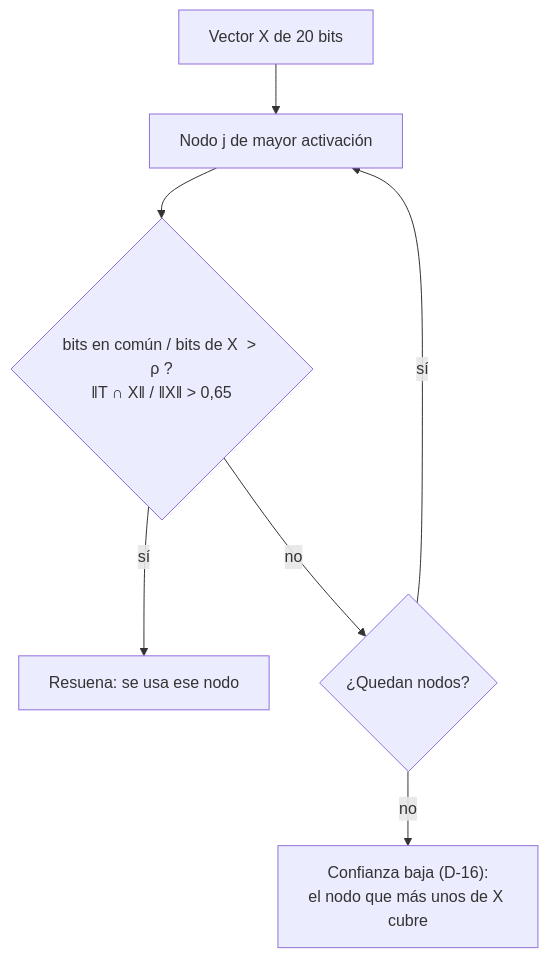
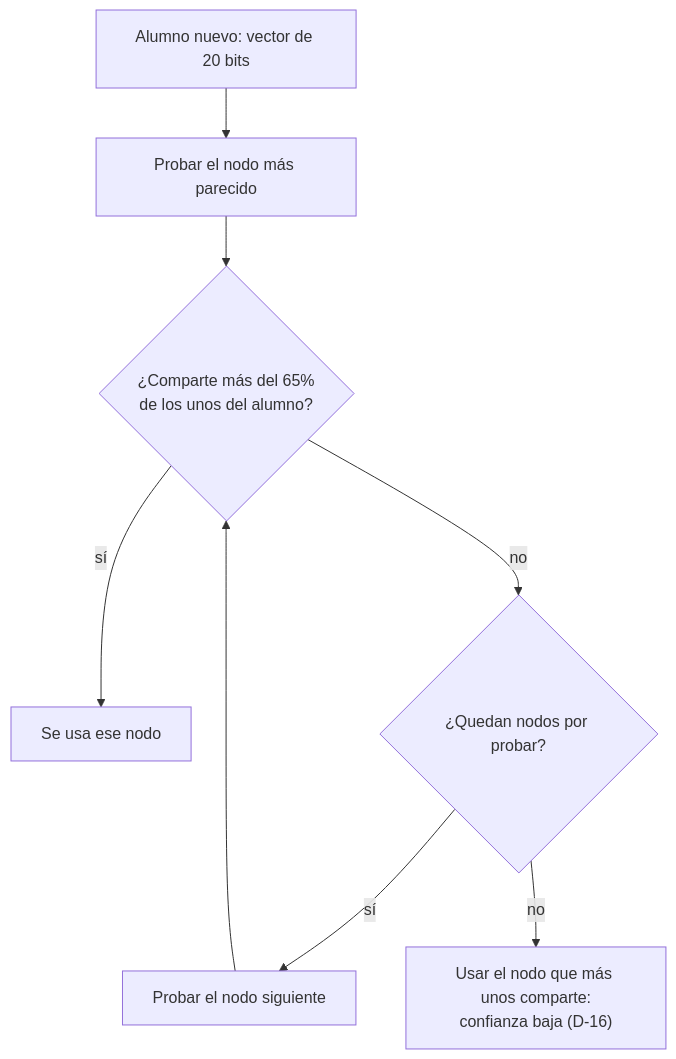
Before and after one commit to juan-mrtn/tfi-ia-prediccion-examenes: the third of 5 diagrams in docs/manual_de_referencia.md, drawn with Mermaid. The commit also changed other lines of this file and 3 other files, not shown here.

````diff
--- a/docs/manual_de_referencia.md
+++ b/docs/manual_de_referencia.md
@@ -131,9 +136,9 @@
 ```mermaid
 flowchart TD
-    X["Vector X de 20 bits"] --> N["Nodo j de mayor activación"]
-    N --> V{"bits en común / bits de X  > ρ ?<br/>‖T ∩ X‖ / ‖X‖ > 0,65"}
-    V -- sí --> R["Resuena: se usa ese nodo"]
-    V -- no --> S{"¿Quedan nodos?"}
-    S -- sí --> N
-    S -- no --> L["Confianza baja (D-16):<br/>el nodo que más unos de X cubre"]
+    X["Alumno nuevo: vector de 20 bits"] --> N["Probar el nodo más parecido"]
+    N --> V{"¿Comparte más del 65%<br/>de los unos del alumno?"}
+    V -- sí --> R["Se usa ese nodo"]
+    V -- no --> S{"¿Quedan nodos por probar?"}
+    S -- sí --> N2["Probar el nodo siguiente"] --> V
+    S -- no --> L["Usar el nodo que más unos comparte:<br/>confianza baja (D-16)"]
 ```
````
